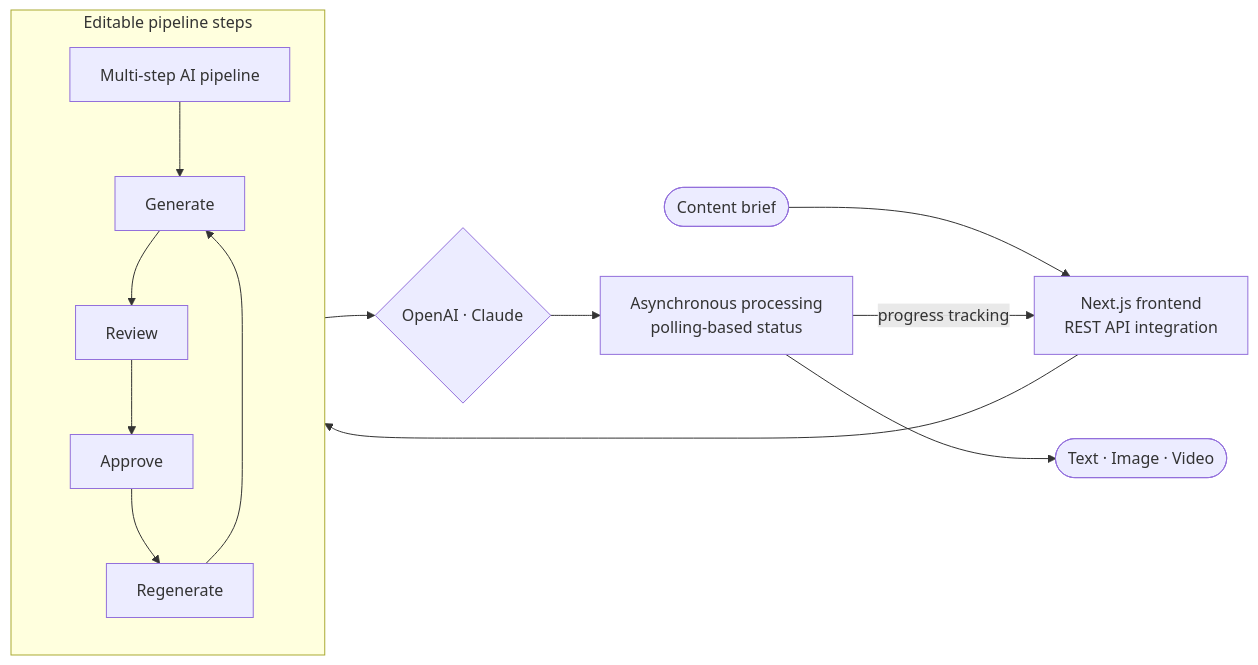
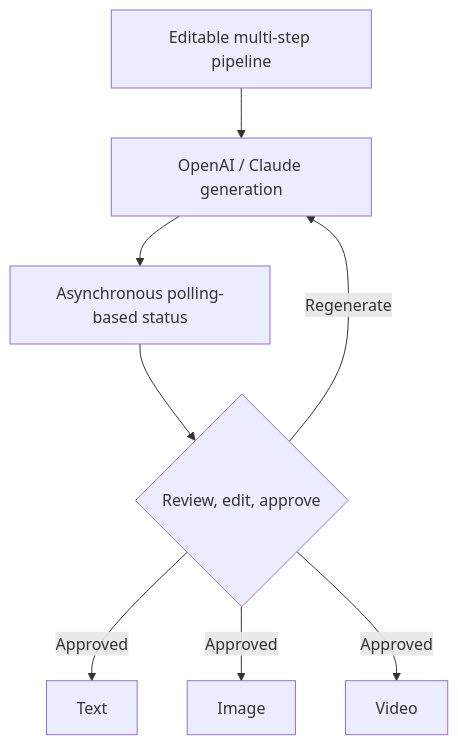
One commit to Pooja24100/Pooja24100 changed the diagram in README.md. Above: the diagram before and after it, drawn with Mermaid. The commit also changed other lines of this file, not shown here.

````diff
--- a/README.md
+++ b/README.md
@@ -120,19 +67,10 @@
 ```mermaid
-flowchart LR
-    BRIEF(["Content brief"]) --> FE["Next.js frontend<br/>REST API integration"]
-    FE --> PIPE["Multi-step AI pipeline"]
-
-    subgraph STEPS["Editable pipeline steps"]
-        direction TB
-        PIPE --> GEN["Generate"]
-        GEN --> REV["Review"]
-        REV --> APP["Approve"]
-        APP --> REG["Regenerate"]
-        REG --> GEN
-    end
-
-    PIPE --> PROV{"OpenAI · Claude"}
-    PROV --> ASYNC["Asynchronous processing<br/>polling-based status"]
-    ASYNC -->|"progress tracking"| FE
-    ASYNC --> OUT(["Text · Image · Video"])
+flowchart TD
+    A["Editable multi-step pipeline"] --> B["OpenAI / Claude generation"]
+    B --> C["Asynchronous polling-based status"]
+    C --> D{"Review, edit, approve"}
+    D -- Regenerate --> B
+    D -- Approved --> E["Text"]
+    D -- Approved --> F["Image"]
+    D -- Approved --> G["Video"]
 ```
````
